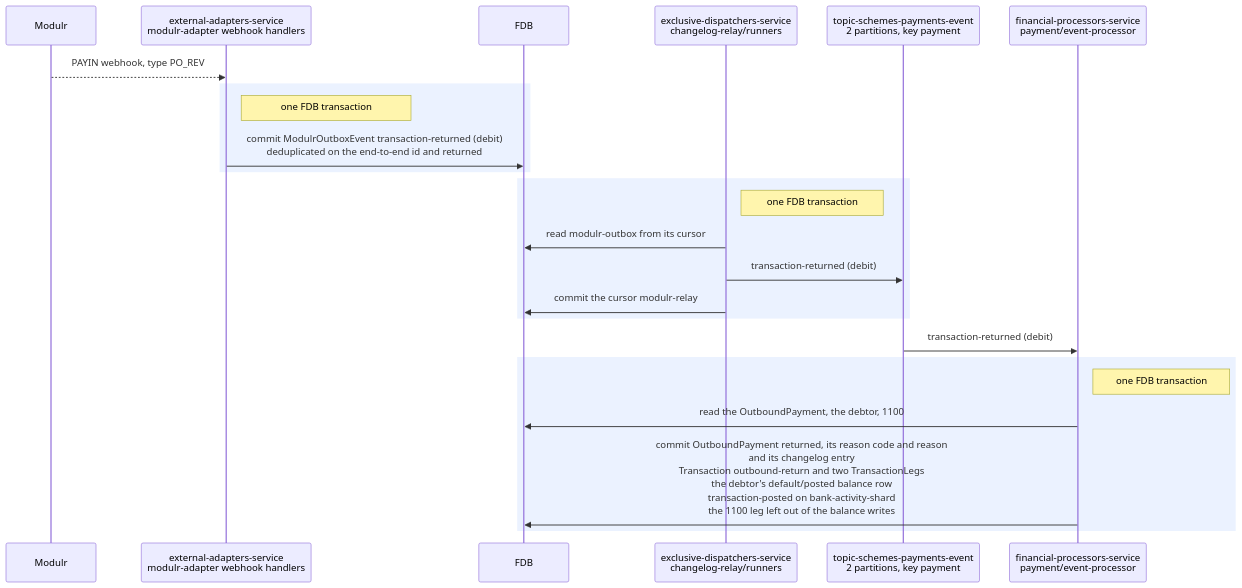
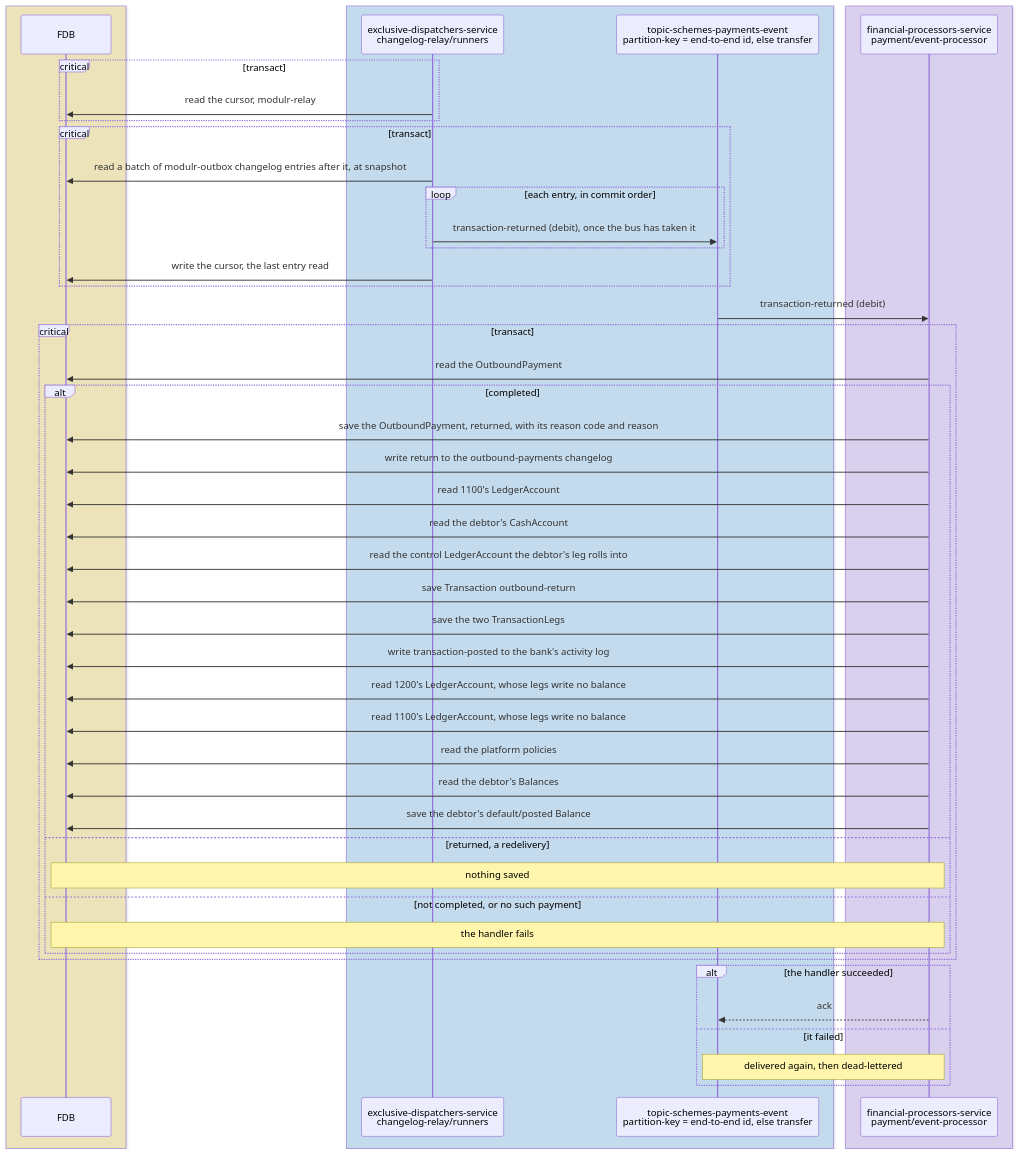
One commit to repldriven/queenswood changed diagram 15 of 15 in docs/tdd/payments-outbound.md. Above: the diagram before and after it, drawn with Mermaid. The commit also changed other lines of this file and 2 other files, not shown here.

Commit message:
Draw outbound and inbound payments to the internal diagrams' conventions

````diff
--- a/docs/tdd/payments-outbound.md
+++ b/docs/tdd/payments-outbound.md
@@ -284,26 +793,51 @@
 ```mermaid
 sequenceDiagram
-    participant PR as Modulr
-    participant WH as external-adapters-service<br/>modulr-adapter webhook handlers
+    box rgba(255, 236, 153, 0.5)
     participant DB as FDB
+    end
+    box rgba(165, 216, 255, 0.45)
     participant OR as exclusive-dispatchers-service<br/>changelog-relay/runners
-    participant SE as topic-schemes-payments-event<br/>2 partitions, key payment
+    participant SE as topic-schemes-payments-event<br/>partition-key = end-to-end id, else transfer
+    end
+    box rgba(208, 191, 255, 0.45)
     participant PE as financial-processors-service<br/>payment/event-processor
-    PR-->>WH: PAYIN webhook, type PO_REV
-    rect rgb(235, 242, 255)
-    Note right of WH: one FDB transaction
-    WH->>DB: commit ModulrOutboxEvent transaction-returned (debit)<br/>deduplicated on the end-to-end id and returned
     end
-    rect rgb(235, 242, 255)
-    Note right of OR: one FDB transaction
-    OR->>DB: read modulr-outbox from its cursor
-    OR->>SE: transaction-returned (debit)
-    OR->>DB: commit the cursor modulr-relay
+    critical transact
+    OR->>DB: read the cursor, modulr-relay
+    end
+    critical transact
+    OR->>DB: read a batch of modulr-outbox changelog entries after it, at snapshot
+    loop each entry, in commit order
+    OR->>SE: transaction-returned (debit), once the bus has taken it
+    end
+    OR->>DB: write the cursor, the last entry read
     end
     SE->>PE: transaction-returned (debit)
-    rect rgb(235, 242, 255)
-    Note right of PE: one FDB transaction
-    PE->>DB: read the OutboundPayment, the debtor, 1100
-    PE->>DB: commit OutboundPayment returned, its reason code and reason<br/>and its changelog entry<br/>Transaction outbound-return and two TransactionLegs<br/>the debtor's default/posted balance row<br/>transaction-posted on bank-activity-shard<br/>the 1100 leg left out of the balance writes
+    critical transact
+    PE->>DB: read the OutboundPayment
+    alt completed
+    PE->>DB: save the OutboundPayment, returned, with its reason code and reason
+    PE->>DB: write return to the outbound-payments changelog
+    PE->>DB: read 1100's LedgerAccount
+    PE->>DB: read the debtor's CashAccount
+    PE->>DB: read the control LedgerAccount the debtor's leg rolls into
+    PE->>DB: save Transaction outbound-return
+    PE->>DB: save the two TransactionLegs
+    PE->>DB: write transaction-posted to the bank's activity log
+    PE->>DB: read 1200's LedgerAccount, whose legs write no balance
+    PE->>DB: read 1100's LedgerAccount, whose legs write no balance
+    PE->>DB: read the platform policies
+    PE->>DB: read the debtor's Balances
+    PE->>DB: save the debtor's default/posted Balance
+    else returned, a redelivery
+    Note over PE,DB: nothing saved
+    else not completed, or no such payment
+    Note over PE,DB: the handler fails
+    end
+    end
+    alt the handler succeeded
+    PE-->>SE: ack
+    else it failed
+    Note over PE,SE: delivered again, then dead-lettered
     end
 ```
````
